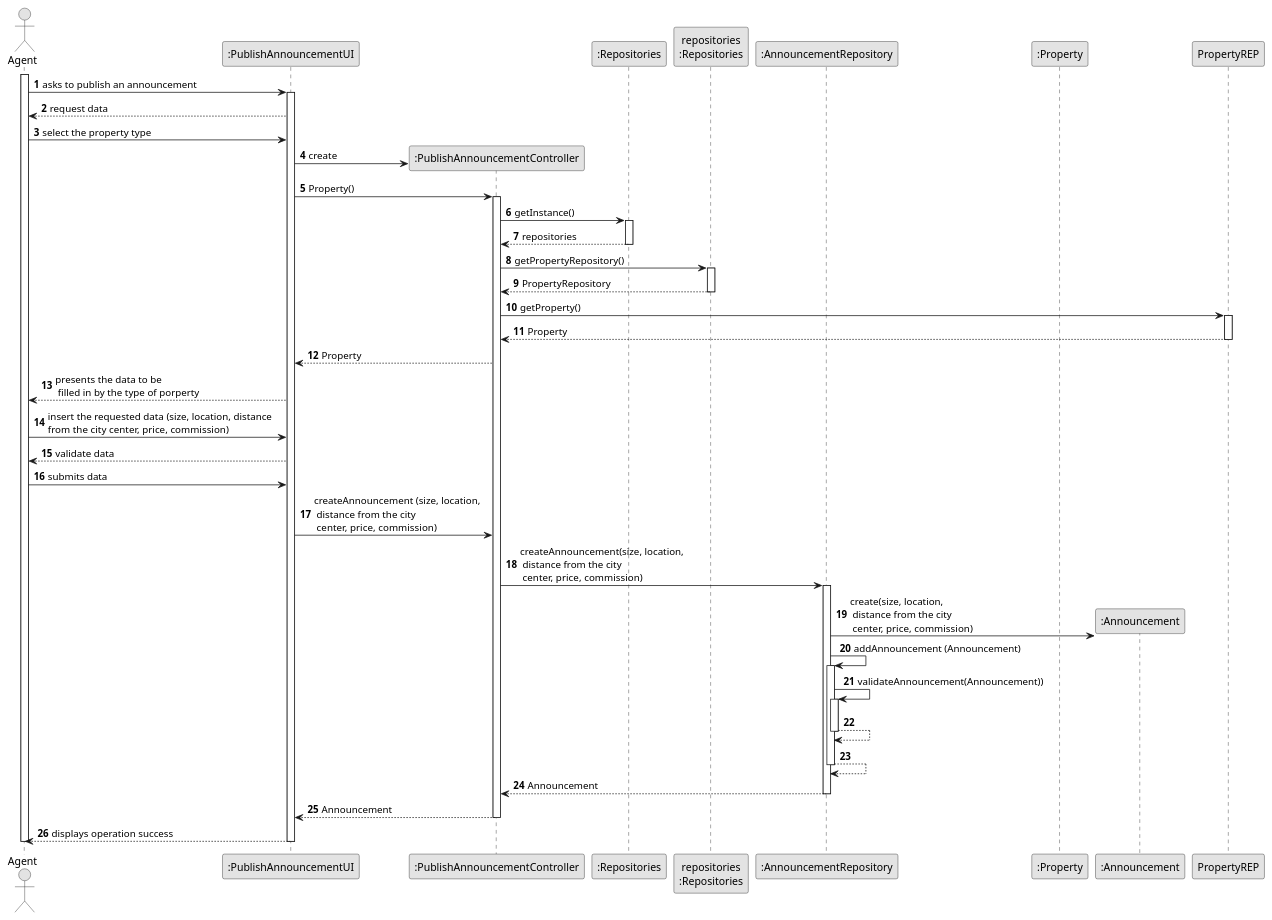
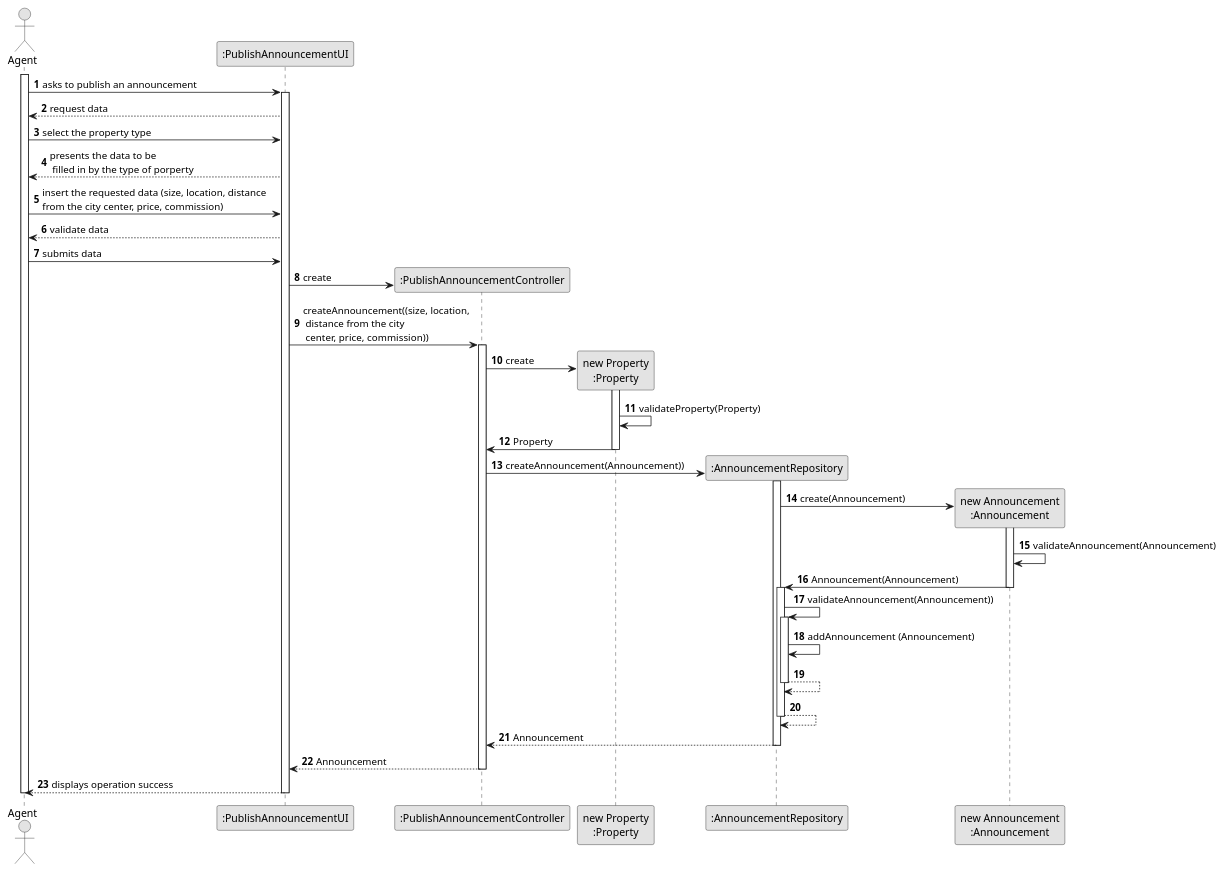
One commit to tiagohcorreia/LAPR2 changed the diagram in docs/sprintB/US002/03.design/puml/US2_SD.puml. Above: the diagram before and after it, drawn with PlantUML. The commit also changed 7 other files, not shown here.

```diff
--- a/docs/sprintB/US002/03.design/puml/US2_SD.puml
+++ b/docs/sprintB/US002/03.design/puml/US2_SD.puml
@@ -1,92 +1,86 @@
 @startuml
 skinparam monochrome true
 skinparam packageStyle rectangle
 skinparam shadowing false
 
 autonumber
 
 'hide footbox
 actor "Agent" as AG
 participant ":PublishAnnouncementUI" as UI
 participant ":PublishAnnouncementController" as CTRL
-participant ":Repositories" as RepositorySingleton
-participant "repositories\n:Repositories" as REP
+participant "new Property\n:Property" as Property
 participant ":AnnouncementRepository" as AnnouncementREP
-participant ":Property" as Property
-participant ":Announcement" as Announcement
+participant "new Announcement\n:Announcement" as Announcement
+
 
 activate AG
 
         AG -> UI : asks to publish an announcement
         activate UI
 
         UI --> AG : request data
 
         AG -> UI : select the property type
 
+        UI --> AG : presents the data to be\n filled in by the type of porperty
+
+        AG -> UI : insert the requested data (size, location, distance \nfrom the city center, price, commission)
+
+        UI --> AG : validate data
+
+        AG -> UI : submits data
+
+
                UI -> CTRL** : create
 
-               UI -> CTRL : Property()
+               UI -> CTRL : createAnnouncement((size, location,\n distance from the city \n center, price, commission))
 
                  activate CTRL
 
-                  CTRL -> RepositorySingleton : getInstance()
-                  activate RepositorySingleton
+                   CTRL -> Property** : create
 
-                  RepositorySingleton --> CTRL: repositories
-                  deactivate RepositorySingleton
+                   activate Property
+                   Property -> Property: validateProperty(Property)
 
-                   CTRL -> REP : getPropertyRepository()
-                       activate REP
+                   Property -> CTRL: Property
+                   deactivate Property
 
-                        REP --> CTRL: PropertyRepository
-                          deactivate REP
+                CTRL -> AnnouncementREP**: createAnnouncement(Announcement))
+                activate AnnouncementREP
 
-                           CTRL -> PropertyREP : getProperty()
-                             activate PropertyREP
+            AnnouncementREP -> Announcement**: create(Announcement)
 
-                               PropertyREP --> CTRL: Property
-                                 deactivate PropertyREP
+            activate Announcement
+
+            Announcement -> Announcement: validateAnnouncement(Announcement)
+
+            Announcement -> AnnouncementREP: Announcement(Announcement)
+
+            deactivate Announcement
 
 
-                   CTRL --> UI : Property
+               activate AnnouncementREP
+                   AnnouncementREP -> AnnouncementREP: validateAnnouncement(Announcement))
+                   activate AnnouncementREP
+                    AnnouncementREP -> AnnouncementREP: addAnnouncement (Announcement)
 
-                   UI --> AG : presents the data to be\n filled in by the type of porperty
-
-                   AG -> UI : insert the requested data (size, location, distance \nfrom the city center, price, commission)
-
-                   UI --> AG : validate data
-
-                   AG -> UI : submits data
-
-                   UI -> CTRL : createAnnouncement (size, location,\n distance from the city \n center, price, commission)
-
-                CTRL -> AnnouncementREP: createAnnouncement(size, location,\n distance from the city \n center, price, commission)
-            activate AnnouncementREP
-
-                AnnouncementREP -> Announcement**: create(size, location,\n distance from the city \n center, price, commission)
-                AnnouncementREP -> AnnouncementREP: addAnnouncement (Announcement)
-
-
-                activate AnnouncementREP
-                    AnnouncementREP -> AnnouncementREP: validateAnnouncement(Announcement))
-                    activate AnnouncementREP
-                        AnnouncementREP --> AnnouncementREP
+                     AnnouncementREP --> AnnouncementREP
                     deactivate AnnouncementREP
 
                     AnnouncementREP --> AnnouncementREP
                 deactivate AnnouncementREP
 
                 AnnouncementREP --> CTRL : Announcement
 
                 deactivate AnnouncementREP
 
                             CTRL --> UI: Announcement
                             deactivate CTRL
                             UI --> AG: displays operation success
                     deactivate UI
 
                 deactivate AG
 
 
           @enduml
```
